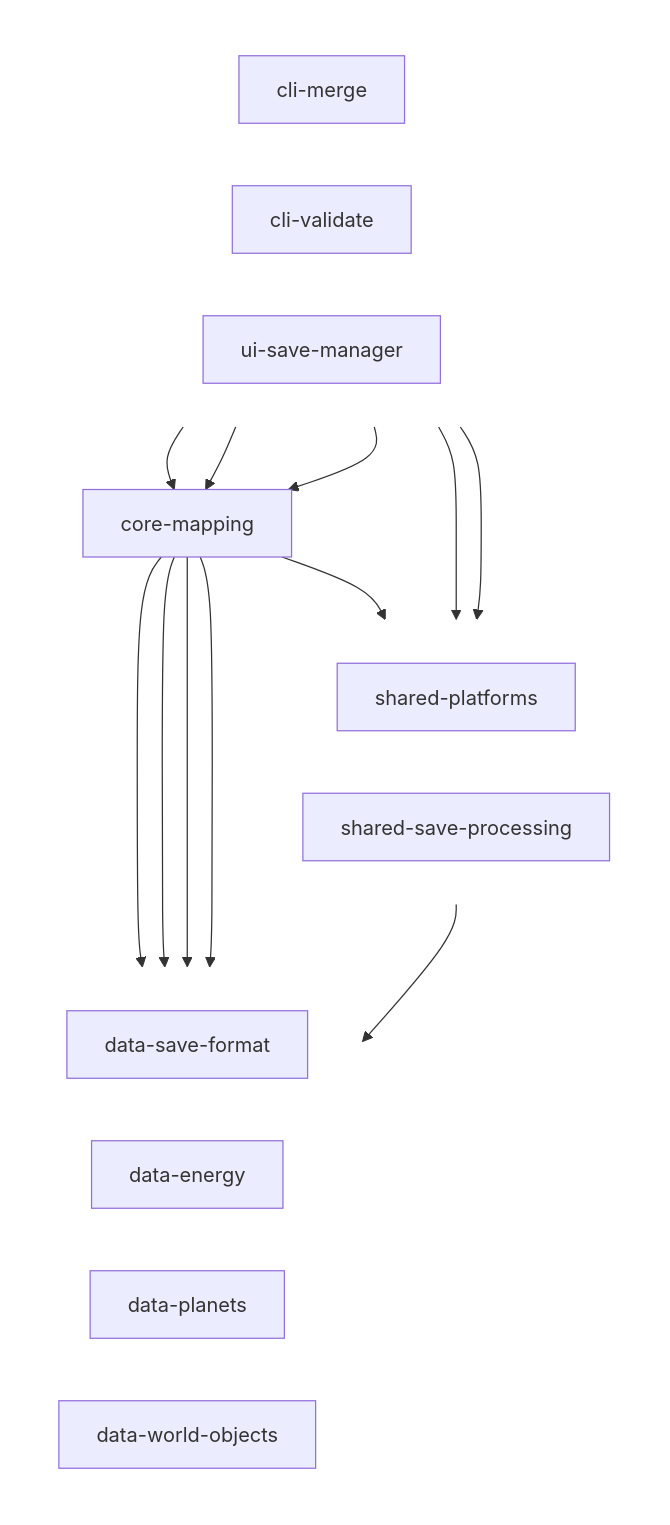
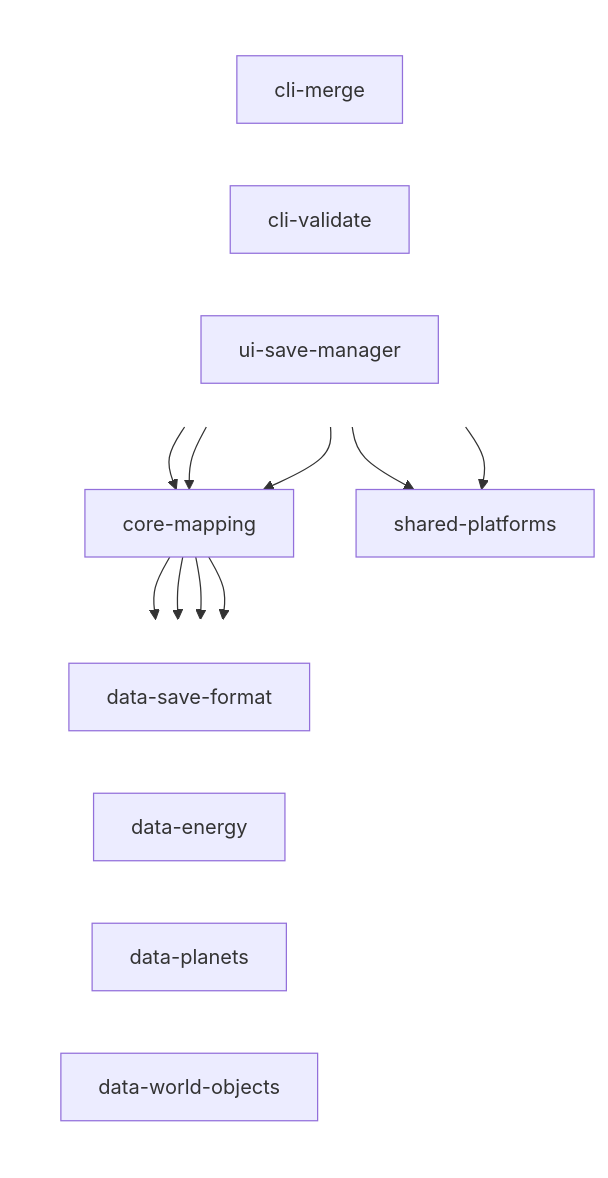
Before and after one commit to delairec/planet-crafter-save-tools: the first of 3 diagrams in docs/wiki/dependency-graphs.md, drawn with Mermaid. The commit also changed other lines of this file and 229 other files, not shown here.

First line of the commit message:
refactor: dissolve shared-save-processing into core-mapping, group the repository scripts by role (#256)

````diff
--- a/docs/wiki/dependency-graphs.md
+++ b/docs/wiki/dependency-graphs.md
@@ -9,38 +9,31 @@
 ```mermaid
 flowchart TD
     subgraph apps [" "]
         direction LR
         cli-merge["cli-merge"]
         cli-validate["cli-validate"]
         ui-save-manager["ui-save-manager"]
     end
     core-mapping["core-mapping"]
-    subgraph libs [" "]
-        direction LR
-        shared-platforms["shared-platforms"]
-        shared-save-processing["shared-save-processing"]
-    end
+    shared-platforms["shared-platforms"]
     subgraph leaves [" "]
         direction LR
         data-save-format["data-save-format"]
         data-energy["data-energy"]
         data-planets["data-planets"]
         data-world-objects["data-world-objects"]
     end
 
     cli-merge --> core-mapping
     cli-merge --> shared-platforms
     cli-validate --> core-mapping
     cli-validate --> shared-platforms
     ui-save-manager --> core-mapping
-    core-mapping --> shared-save-processing
     core-mapping --> data-save-format
     core-mapping --> data-energy
     core-mapping --> data-planets
     core-mapping --> data-world-objects
-    shared-save-processing --> data-save-format
 
     style apps fill:none,stroke:none
-    style libs fill:none,stroke:none
     style leaves fill:none,stroke:none
 ```
````
